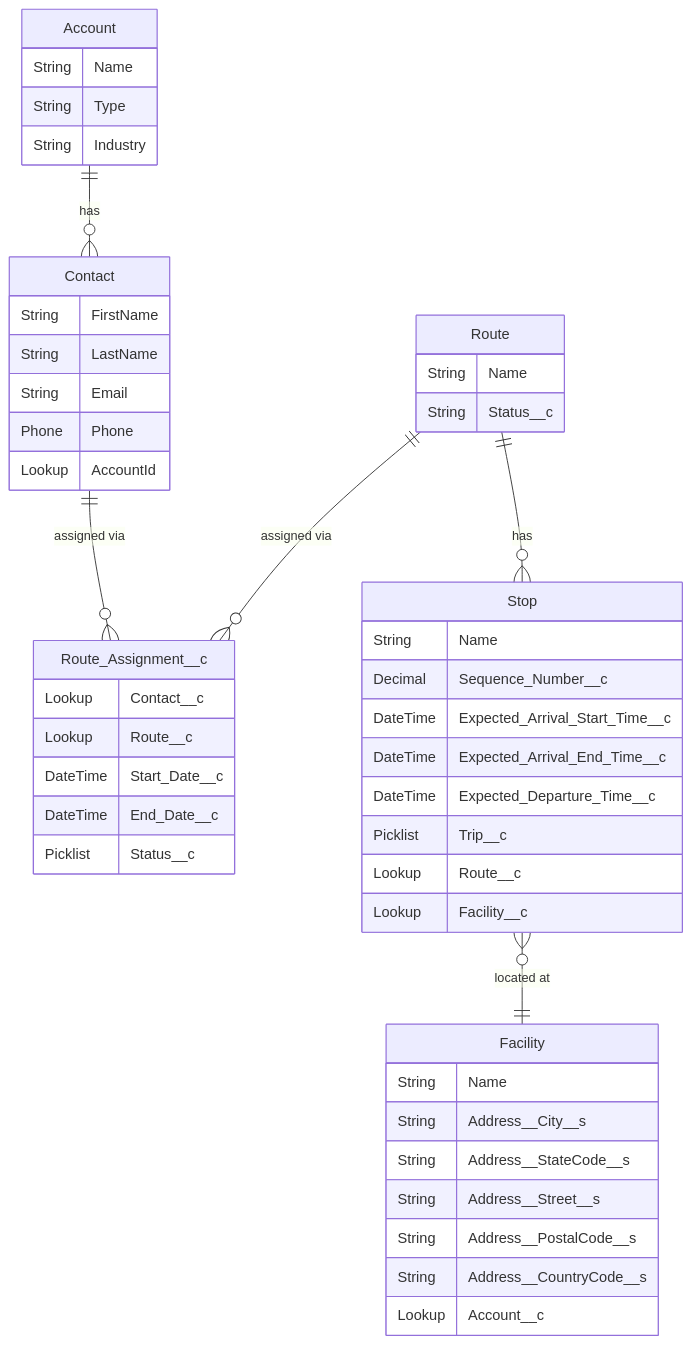
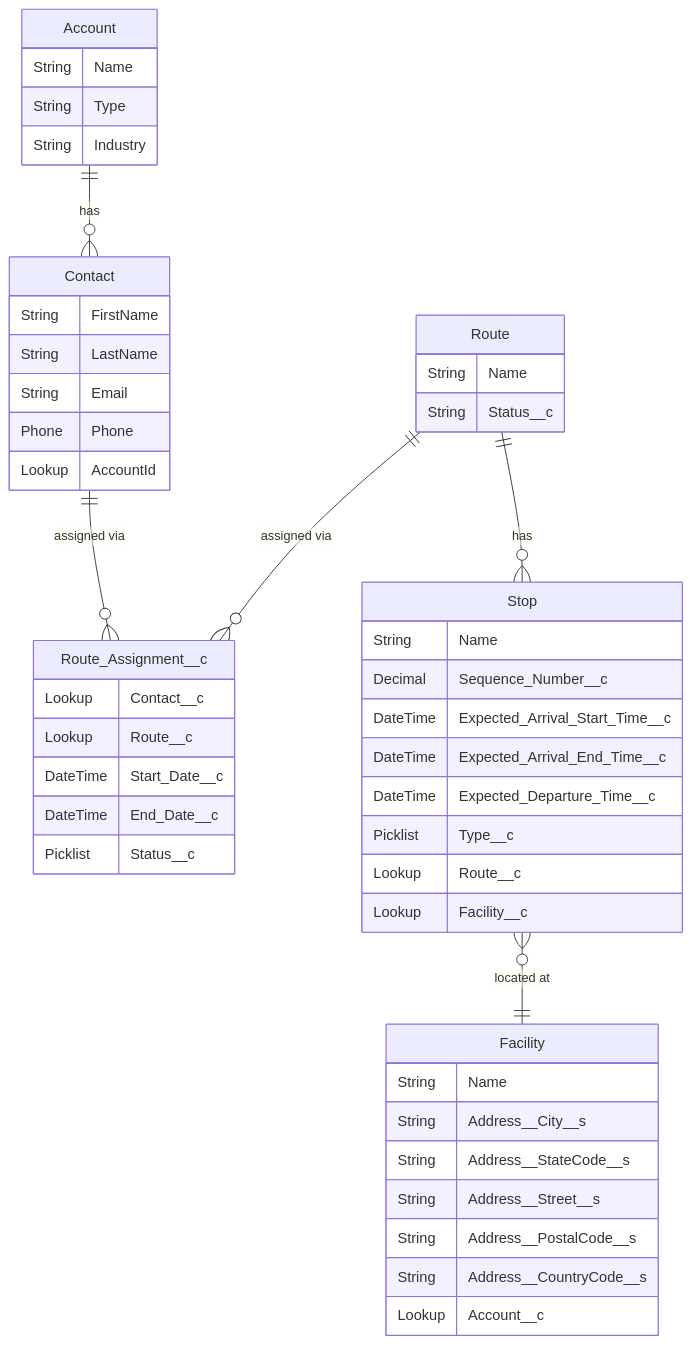
One commit to yurybond/voice-agent changed the diagram in README.md. Above: the diagram before and after it, drawn with Mermaid. The commit also changed 11 other files, not shown here.

````diff
--- a/README.md
+++ b/README.md
@@ -16,57 +16,57 @@
 ```mermaid
 erDiagram
     Account ||--o{ Contact : "has"
     Contact ||--o{ Route_Assignment__c : "assigned via"
     Route ||--o{ Route_Assignment__c : "assigned via"
     Route ||--o{ Stop : "has"
     Stop }o--|| Facility : "located at"
     
 
     Account {
         String Name
         String Type
         String Industry
     }
 
     Contact {
         String FirstName
         String LastName
         String Email
         Phone Phone
         Lookup AccountId
     }
 
     Route_Assignment__c {
         Lookup Contact__c
         Lookup Route__c
         DateTime Start_Date__c
         DateTime End_Date__c
         Picklist Status__c
     }
 
     Route {
         String Name
         String Status__c
     }
 
     Stop {
         String Name
         Decimal Sequence_Number__c
         DateTime Expected_Arrival_Start_Time__c
         DateTime Expected_Arrival_End_Time__c
         DateTime Expected_Departure_Time__c
-        Picklist Trip__c
+        Picklist Type__c
         Lookup Route__c
         Lookup Facility__c
     }
 
     Facility {
         String Name
         String Address__City__s
         String Address__StateCode__s
         String Address__Street__s
         String Address__PostalCode__s
         String Address__CountryCode__s
         Lookup Account__c
     }
 ```
````
